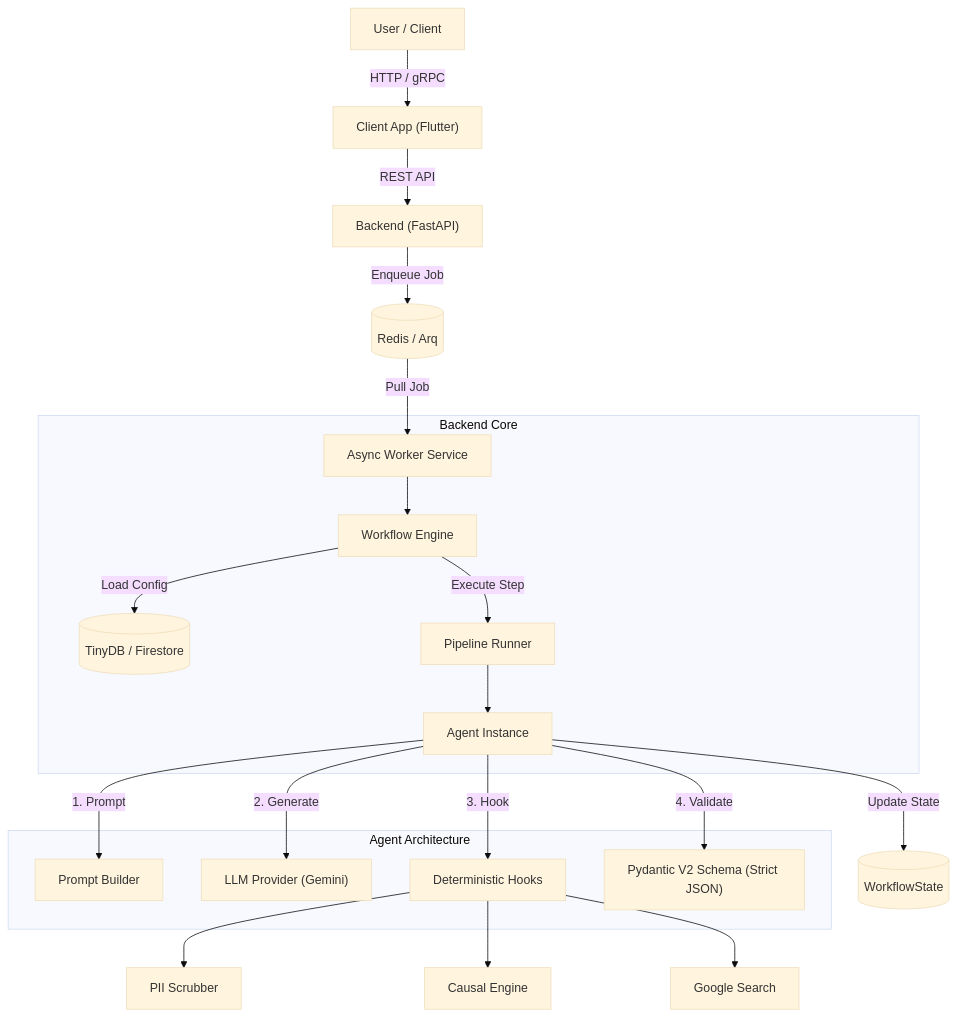
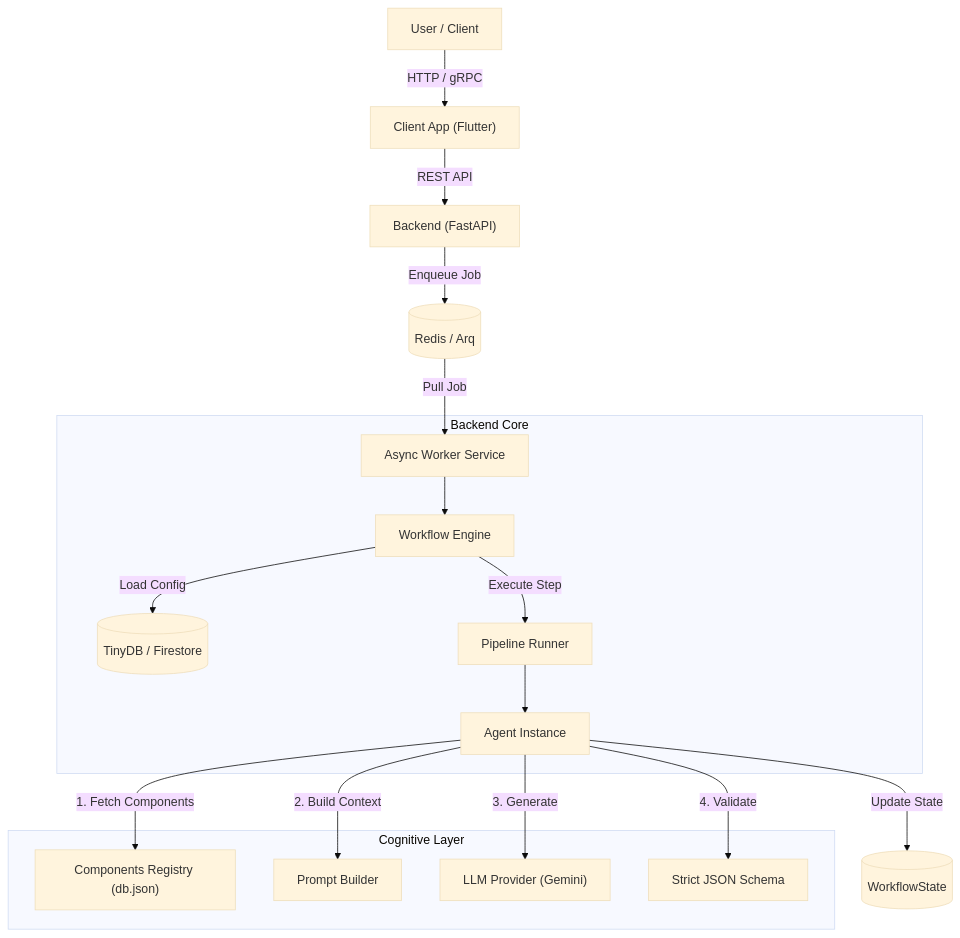
The diagram in docs/architecture.md (launis/quorum), drawn with Mermaid (base theme) before and after one commit. The commit also changed other lines of this file and 233 other files, not shown here.

Commit message:
feat(core)!: MASSIVE ARCHITECTURAL OVERHAUL - Enforced Strict Mode, Fixed AI Models & Synced Documentation

````diff
--- a/docs/architecture.md
+++ b/docs/architecture.md
@@ -7,29 +7,25 @@
 ```mermaid
 graph TD
     User["User / Client"] -->|HTTP / gRPC| Client["Client App (Flutter)"]
     Client -->|REST API| Backend["Backend (FastAPI)"]
     
     Backend -->|Enqueue Job| Redis[(Redis / Arq)]
     Redis -->|Pull Job| Worker["Async Worker Service"]
     
     subgraph "Backend Core"
         Worker --> Engine["Workflow Engine"]
         Engine -->|Load Config| DB[("TinyDB / Firestore")]
         Engine -->|Execute Step| Runner["Pipeline Runner"]
         
         Runner --> Agent["Agent Instance"]
     end
     
-    subgraph "Agent Architecture"
-        Agent -->|1. Prompt| PromptBuilder["Prompt Builder"]
-        Agent -->|2. Generate| LLM["LLM Provider (Gemini)"]
-        Agent -->|3. Hook| Hooks["Deterministic Hooks"]
-        Agent -->|4. Validate| Schema["Pydantic V2 Schema (Strict JSON)"]
+    subgraph "Cognitive Layer"
+        Agent -->|1. Fetch Components| Registry["Components Registry (db.json)"]
+        Agent -->|2. Build Context| PromptBuilder["Prompt Builder"]
+        Agent -->|3. Generate| LLM["LLM Provider (Gemini)"]
+        Agent -->|4. Validate| Schema["Strict JSON Schema"]
     end
-    
-    Hooks --> PII["PII Scrubber"]
-    Hooks --> Causal["Causal Engine"]
-    Hooks --> Search["Google Search"]
     
     Agent -->|Update State| State[("WorkflowState")]
 ```
````
